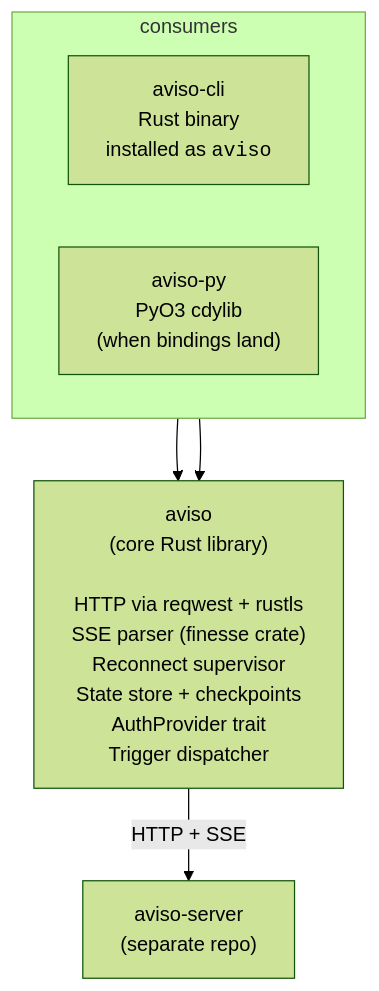
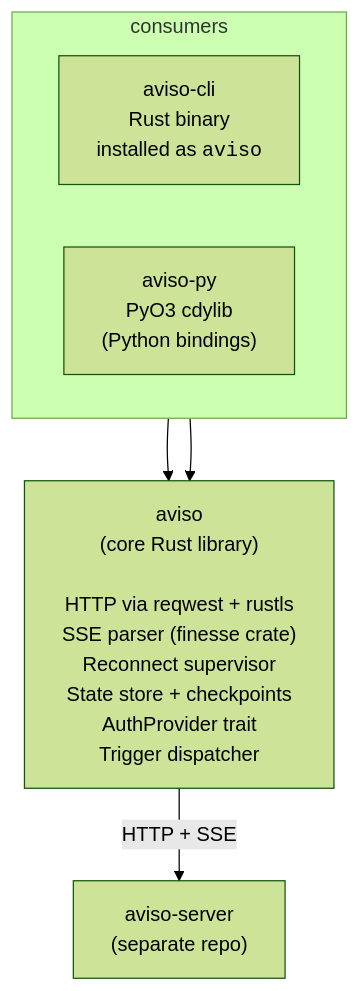
Before and after one commit to ecmwf/aviso-client: the diagram in docs/src/developers/architecture.md, drawn with Mermaid (forest theme). The commit also changed other lines of this file and 28 other files, not shown here.

````diff
--- a/docs/src/developers/architecture.md
+++ b/docs/src/developers/architecture.md
@@ -7,16 +7,16 @@
 ```mermaid
 flowchart TB
     subgraph consumers["consumers"]
         direction LR
         cli["aviso-cli<br/>Rust binary<br/>installed as <tt>aviso</tt>"]
-        py["aviso-py<br/>PyO3 cdylib<br/>(when bindings land)"]
+        py["aviso-py<br/>PyO3 cdylib<br/>(Python bindings)"]
     end
 
     core["aviso<br/>(core Rust library)<br/><br/>HTTP via reqwest + rustls<br/>SSE parser (finesse crate)<br/>Reconnect supervisor<br/>State store + checkpoints<br/>AuthProvider trait<br/>Trigger dispatcher"]
 
     server["aviso-server<br/>(separate repo)"]
 
     cli --> core
     py --> core
     core -- HTTP + SSE --> server
 ```
````
